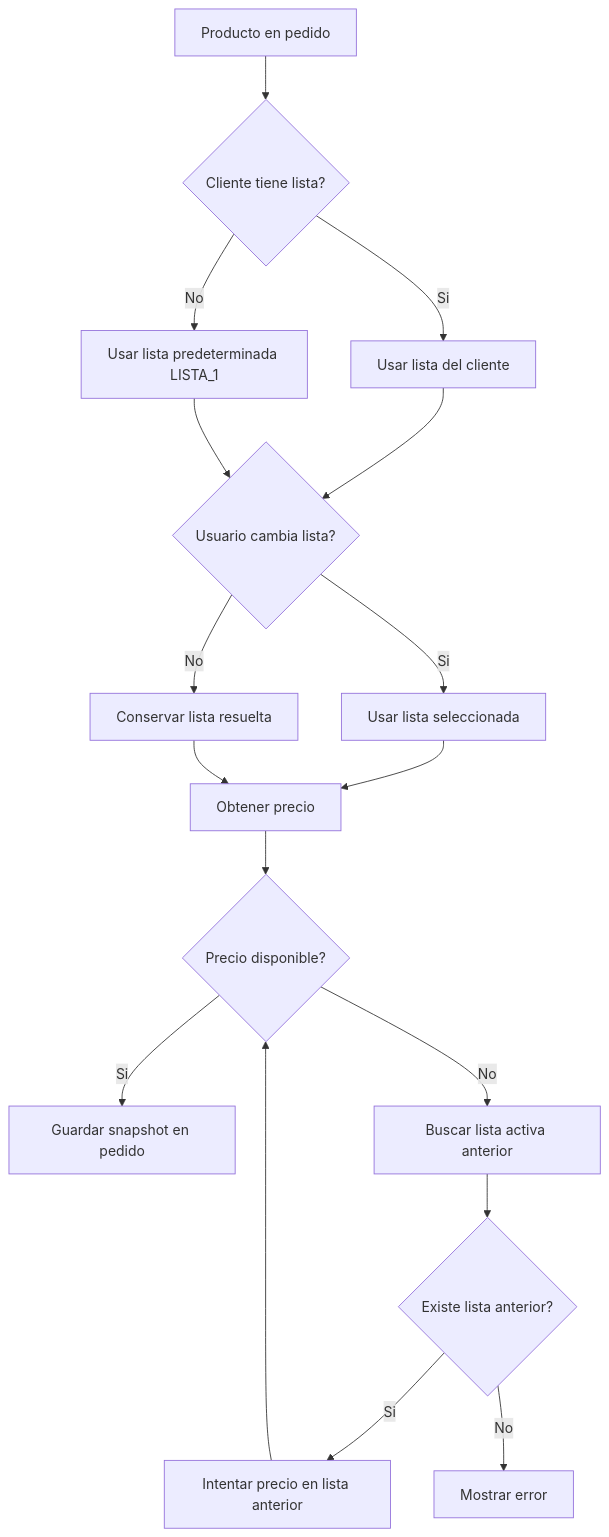
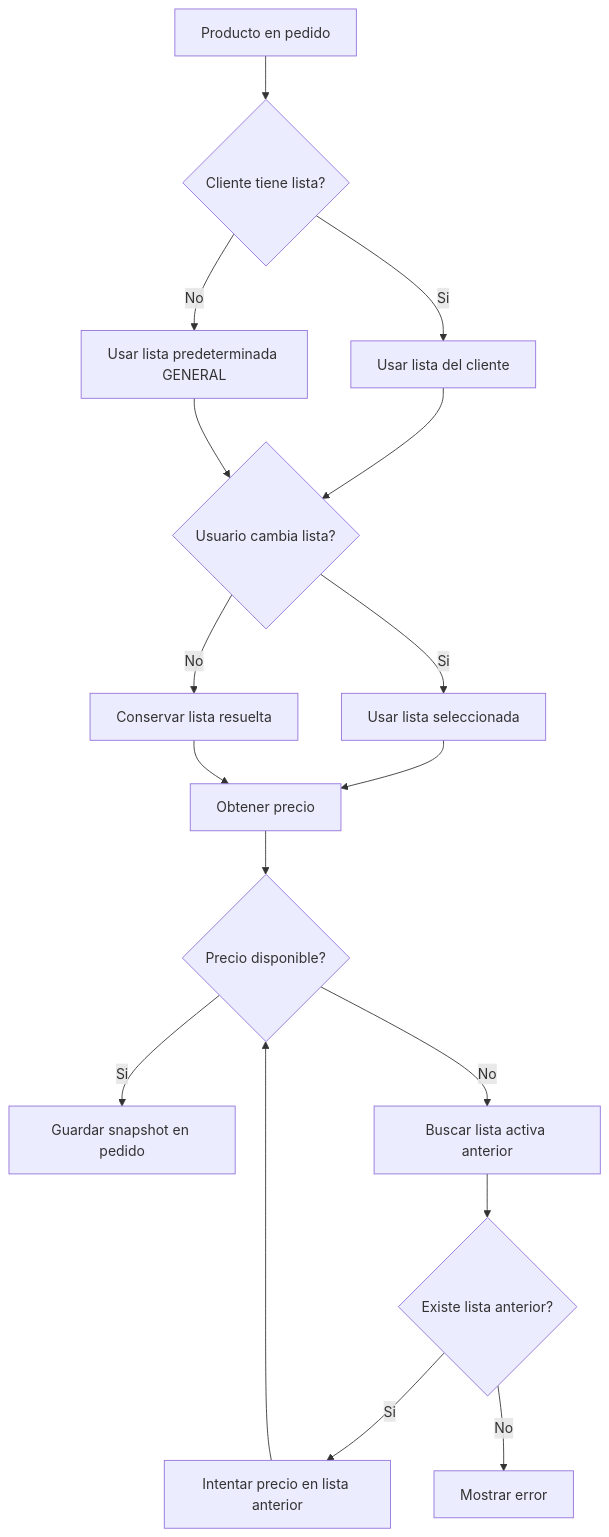
One commit to Martinrc93/distribuidoraCore changed the diagram in docs/diagrams/catalog/flow-price-resolution.md. Above: the diagram before and after it, drawn with Mermaid. The commit also changed 9 other files, not shown here.

Commit message:
docs(catalog): align architecture, diagrams and domain rules with per-list pricing

````diff
--- a/docs/diagrams/catalog/flow-price-resolution.md
+++ b/docs/diagrams/catalog/flow-price-resolution.md
@@ -5,19 +5,19 @@
 ```mermaid
 flowchart TD
     A[Producto en pedido] --> B{Cliente tiene lista?}
     B -->|Si| C[Usar lista del cliente]
-    B -->|No| D[Usar lista predeterminada LISTA_1]
+    B -->|No| D[Usar lista predeterminada GENERAL]
     C --> E{Usuario cambia lista?}
     D --> E
     E -->|Si| F[Usar lista seleccionada]
     E -->|No| G[Conservar lista resuelta]
     F --> H[Obtener precio]
     G --> H
     H --> I{Precio disponible?}
     I -->|Si| J[Guardar snapshot en pedido]
     I -->|No| K[Buscar lista activa anterior]
     K --> L{Existe lista anterior?}
     L -->|Si| M[Intentar precio en lista anterior]
     M --> I
     L -->|No| N[Mostrar error]
 ```
````
